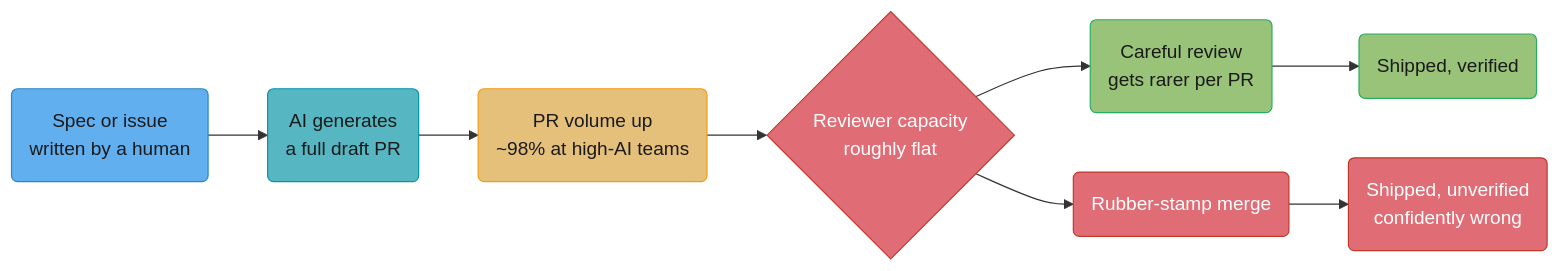
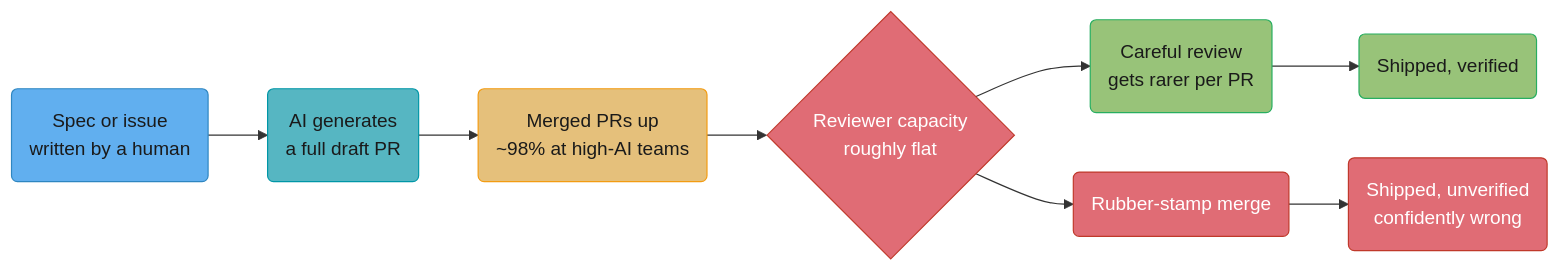
The first of 3 diagrams in src/main/java/com/rutik/systemdesign/soft_skills/ai_era_engineering_leadership/ai_era_engineering_leadership.md (rppol/system-design), drawn with Mermaid before and after one commit. The commit also changed other lines of this file and 30 other files, not shown here.

````diff
--- a/src/main/java/com/rutik/systemdesign/soft_skills/ai_era_engineering_leadership/ai_era_engineering_leadership.md
+++ b/src/main/java/com/rutik/systemdesign/soft_skills/ai_era_engineering_leadership/ai_era_engineering_leadership.md
@@ -99,26 +107,26 @@
 ```mermaid
 flowchart LR
     classDef good   fill:#98c379,stroke:#27ae60,color:#1a1a1a
     classDef bad    fill:#e06c75,stroke:#c0392b,color:#fff
     classDef info   fill:#61afef,stroke:#2e86c1,color:#1a1a1a
     classDef warn   fill:#e5c07b,stroke:#f39c12,color:#1a1a1a
     classDef accent fill:#c678dd,stroke:#9b59b6,color:#fff
     classDef calm   fill:#56b6c2,stroke:#0097a7,color:#1a1a1a
 
     spec(Spec or issue<br/>written by a human) --> gen(AI generates<br/>a full draft PR)
-    gen --> volume(PR volume up<br/>~98% at high-AI teams)
+    gen --> volume(Merged PRs up<br/>~98% at high-AI teams)
     volume --> bottleneck{Reviewer capacity<br/>roughly flat}
     bottleneck --> deep(Careful review<br/>gets rarer per PR)
     bottleneck --> rubber(Rubber-stamp merge)
     deep --> shipped(Shipped, verified)
     rubber --> risk(Shipped, unverified<br/>confidently wrong)
 
     class spec info
     class gen calm
     class volume warn
     class bottleneck bad
     class deep good
     class rubber bad
     class shipped good
     class risk bad
 ```
````
